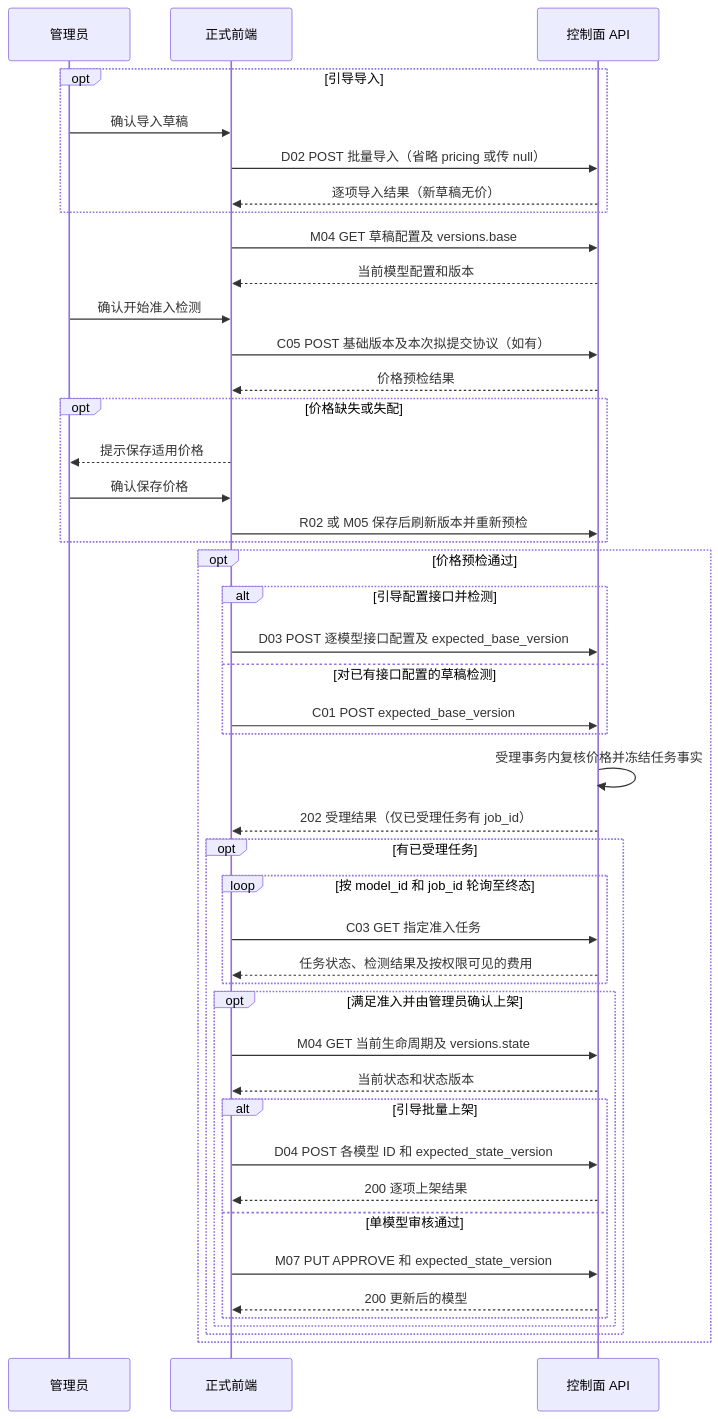
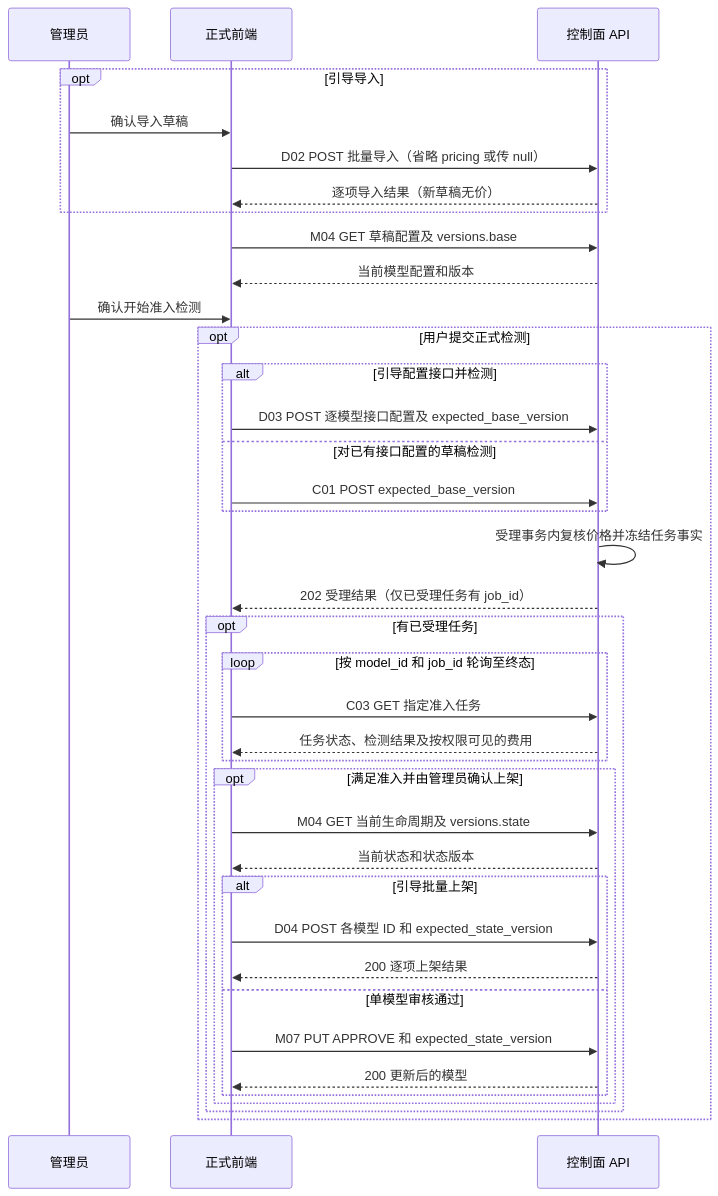
One commit to Gshengx/ai-gateway-admin changed the fourth of 4 diagrams in docs/07-前端协同对接指南.md. Above: the diagram before and after it, drawn with Mermaid. The commit also changed other lines of this file and 71 other files, not shown here.

````diff
--- a/docs/07-前端协同对接指南.md
+++ b/docs/07-前端协同对接指南.md
@@ -950,48 +946,41 @@
 ```mermaid
 sequenceDiagram
   participant U as 管理员
   participant F as 正式前端
   participant A as 控制面 API
 
   opt 引导导入
     U->>F: 确认导入草稿
     F->>A: D02 POST 批量导入（省略 pricing 或传 null）
     A-->>F: 逐项导入结果（新草稿无价）
   end
   F->>A: M04 GET 草稿配置及 versions.base
   A-->>F: 当前模型配置和版本
   U->>F: 确认开始准入检测
-  F->>A: C05 POST 基础版本及本次拟提交协议（如有）
-  A-->>F: 价格预检结果
-  opt 价格缺失或失配
-    F-->>U: 提示保存适用价格
-    U->>F: 确认保存价格
-    F->>A: R02 或 M05 保存后刷新版本并重新预检
-  end
-  opt 价格预检通过
+  opt 用户提交正式检测
     alt 引导配置接口并检测
       F->>A: D03 POST 逐模型接口配置及 expected_base_version
     else 对已有接口配置的草稿检测
       F->>A: C01 POST expected_base_version
     end
     A->>A: 受理事务内复核价格并冻结任务事实
     A-->>F: 202 受理结果（仅已受理任务有 job_id）
     opt 有已受理任务
       loop 按 model_id 和 job_id 轮询至终态
         F->>A: C03 GET 指定准入任务
         A-->>F: 任务状态、检测结果及按权限可见的费用
       end
       opt 满足准入并由管理员确认上架
         F->>A: M04 GET 当前生命周期及 versions.state
         A-->>F: 当前状态和状态版本
         alt 引导批量上架
           F->>A: D04 POST 各模型 ID 和 expected_state_version
           A-->>F: 200 逐项上架结果
         else 单模型审核通过
           F->>A: M07 PUT APPROVE 和 expected_state_version
           A-->>F: 200 更新后的模型
         end
       end
     end
   end
 ```
````
